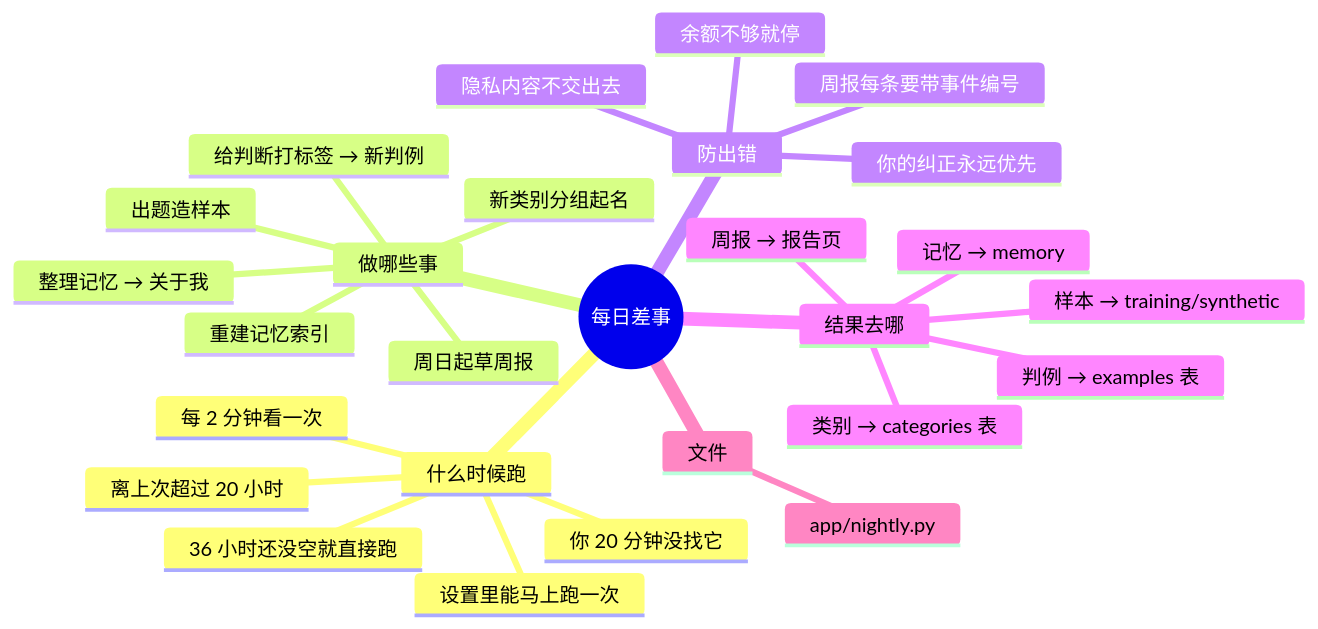
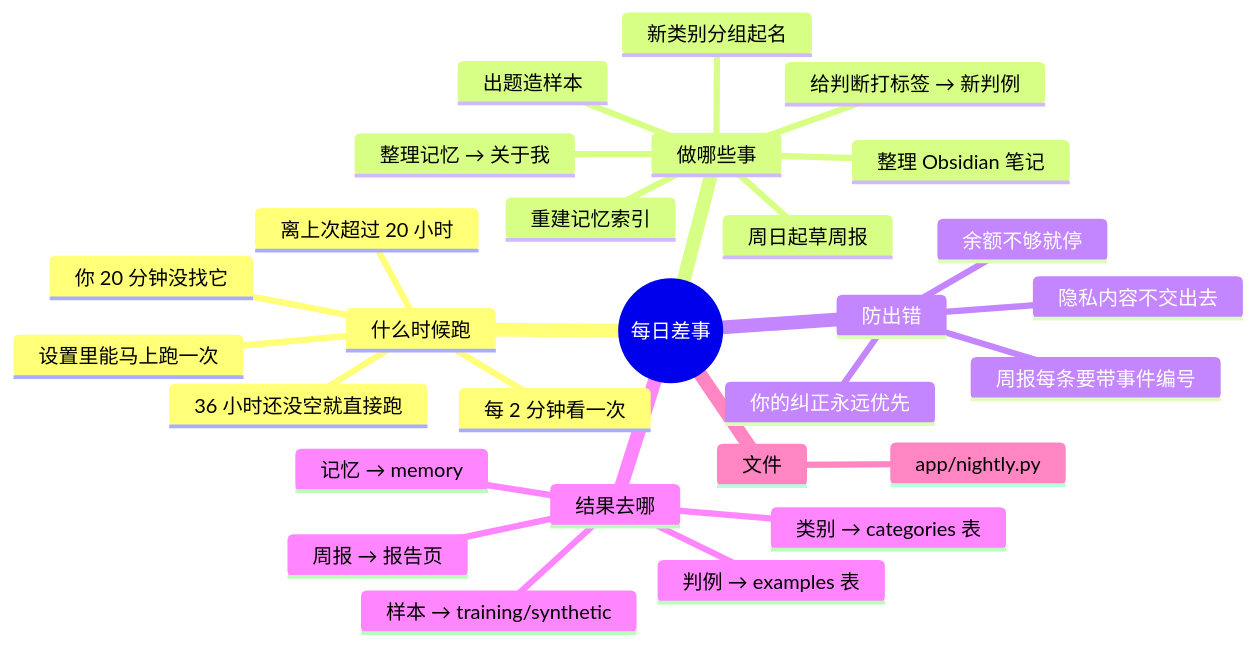
One commit to lql-076/Experiment-Agent-One changed the diagram in docs/AI文档/架构/07-每日差事.md. Above: the diagram before and after it, drawn with Mermaid. The commit also changed other lines of this file and 38 other files, not shown here.

````diff
--- a/docs/AI文档/架构/07-每日差事.md
+++ b/docs/AI文档/架构/07-每日差事.md
@@ -9,31 +9,33 @@
 ```mermaid
 mindmap
   root((每日差事))
   :::svc-nightly
     什么时候跑
       每 2 分钟看一次
       你 20 分钟没找它
       离上次超过 20 小时
       36 小时还没空就直接跑
       设置里能马上跑一次
     做哪些事
       给判断打标签 → 新判例
       新类别分组起名
       整理记忆 → 关于我
       出题造样本
       周日起草周报
+      整理 Obsidian 笔记
+      :::go-14
       重建记忆索引
     防出错
       你的纠正永远优先
       隐私内容不交出去
       周报每条要带事件编号
       余额不够就停
     结果去哪
       判例 → examples 表
       类别 → categories 表
       记忆 → memory
       样本 → training/synthetic
       周报 → 报告页
     文件
       app/nightly.py
 ```
````
